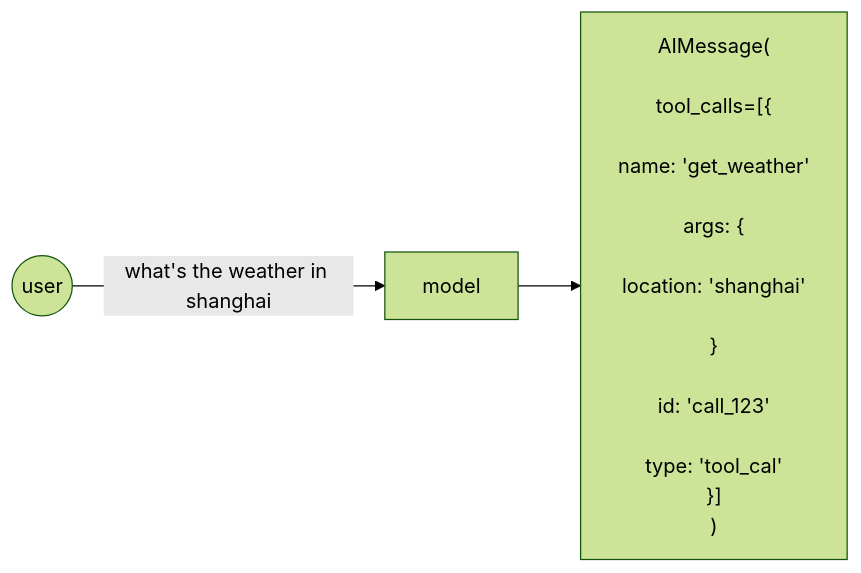
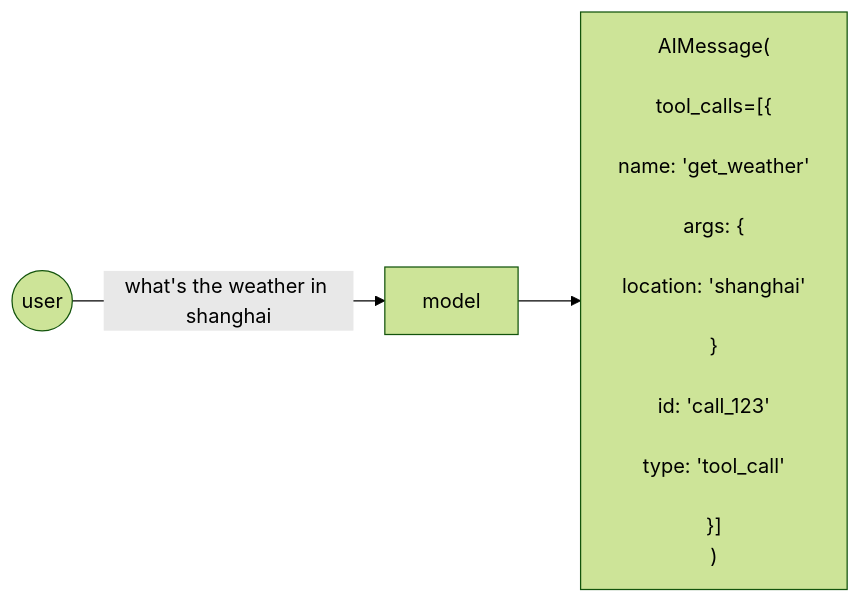
Before and after one commit to ka1fe1/iodraw-files: the diagram in all/未命名-28.md, drawn with Mermaid (forest theme).

Commit message:
2024-10-22 17:46:38 update

````diff
--- a/all/未命名-28.md
+++ b/all/未命名-28.md
@@ -1,17 +1,17 @@
 ```mermaid
 flowchart LR
     s1((user))
     s2["model"]
     s3["AIMessage(<br>
         tool_calls=[{<br>
             name: 'get_weather'<br>
             args: {<br>
-                location: 'shanghai'<br>
+ location: 'shanghai'<br>
             }<br>
             id: 'call_123'<br>
-            type: 'tool_cal'
+            type: 'tool_call'<br>
         }]
     )"]
 
     s1 -->|what's the weather in shanghai| s2 --> s3
 ```
````
